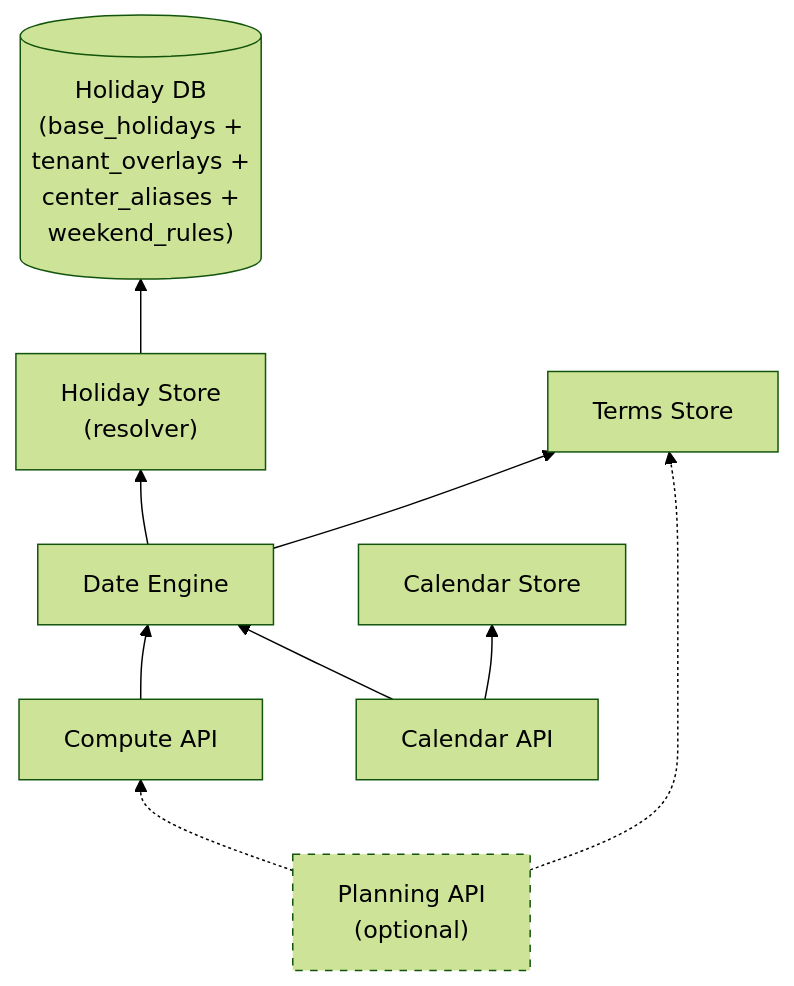
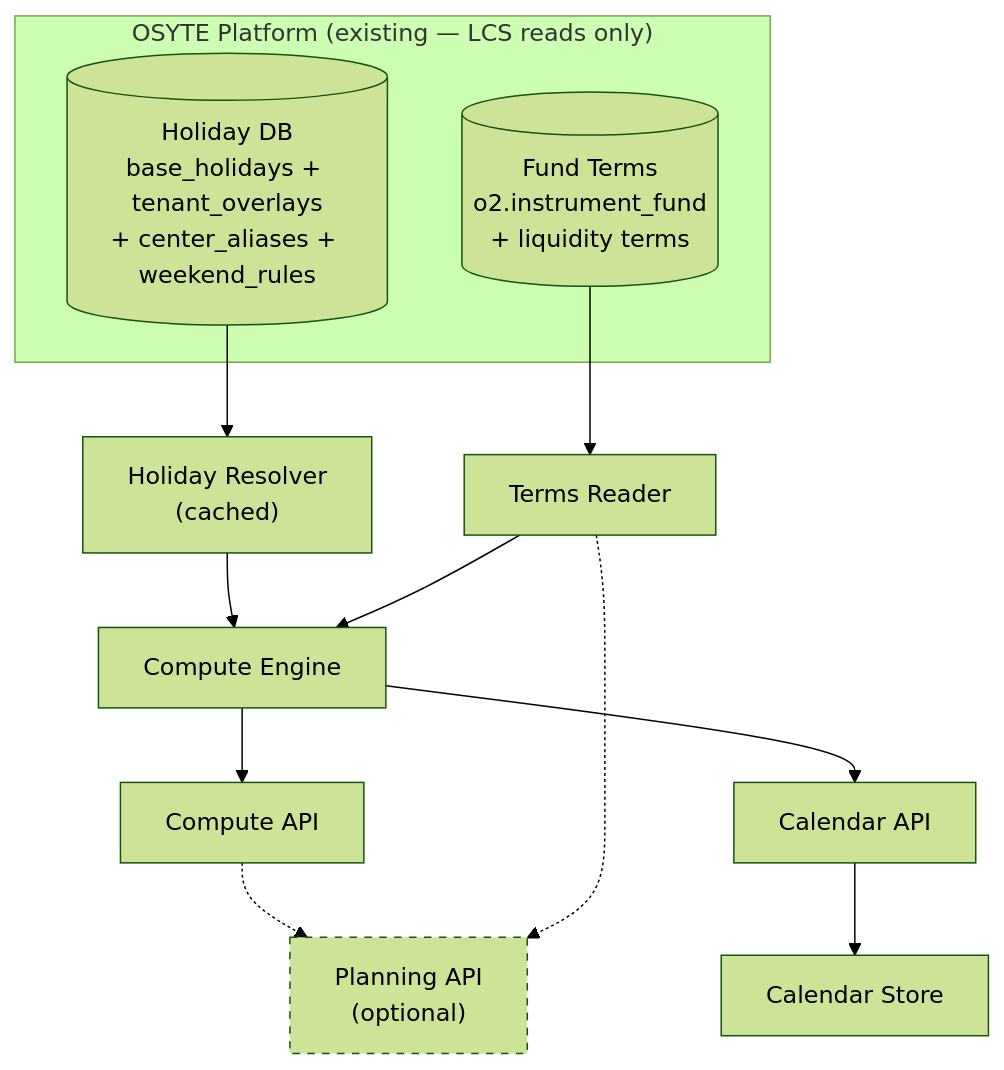
One commit to Ashu290905/OSYTE changed the eighth of 8 diagrams in lcs-main/docs/architecture.md. Above: the diagram before and after it, drawn with Mermaid (forest theme). The commit also changed other lines of this file, not shown here.

First line of the commit message:
Refactor architecture: Holiday Resolver with caching, Compute Engine, Terms Reader

````diff
--- a/lcs-main/docs/architecture.md
+++ b/lcs-main/docs/architecture.md
@@ -434,22 +485,21 @@
 ```mermaid
-graph BT
-    HDB[("Holiday DB<br/>(base_holidays +<br/>tenant_overlays +<br/>center_aliases +<br/>weekend_rules)")]
-    HS["Holiday Store<br/>(resolver)"]
-    TS["Terms Store"]
-    DE["Date Engine"]
-    CA["Compute API"]
-    CLA["Calendar API"]
-    CS["Calendar Store"]
-    PA["Planning API<br/>(optional)"]
+graph TD
+    subgraph "OSYTE Platform (existing — LCS reads only)"
+        HDB[("Holiday DB<br/>base_holidays + tenant_overlays<br/>+ center_aliases + weekend_rules")]
+        TDB[("Fund Terms<br/>o2.instrument_fund<br/>+ liquidity terms")]
+    end
 
-    HS --> HDB
-    DE --> HS
-    DE --> TS
-    CA --> DE
-    CLA --> DE
-    CLA --> CS
-    PA -.-> CA
-    PA -.-> TS
+    HDB --> HS["Holiday Resolver<br/>(cached)"]
+    TDB --> TR["Terms Reader"]
+
+    HS --> CE["Compute Engine"]
+    TR --> CE
+
+    CE --> CA["Compute API"]
+    CE --> CLA["Calendar API"]
+    CLA --> CS["Calendar Store"]
+    CA -.-> PA["Planning API<br/>(optional)"]
+    TR -.-> PA
 
     style PA stroke-dasharray: 5 5
 ```
````
